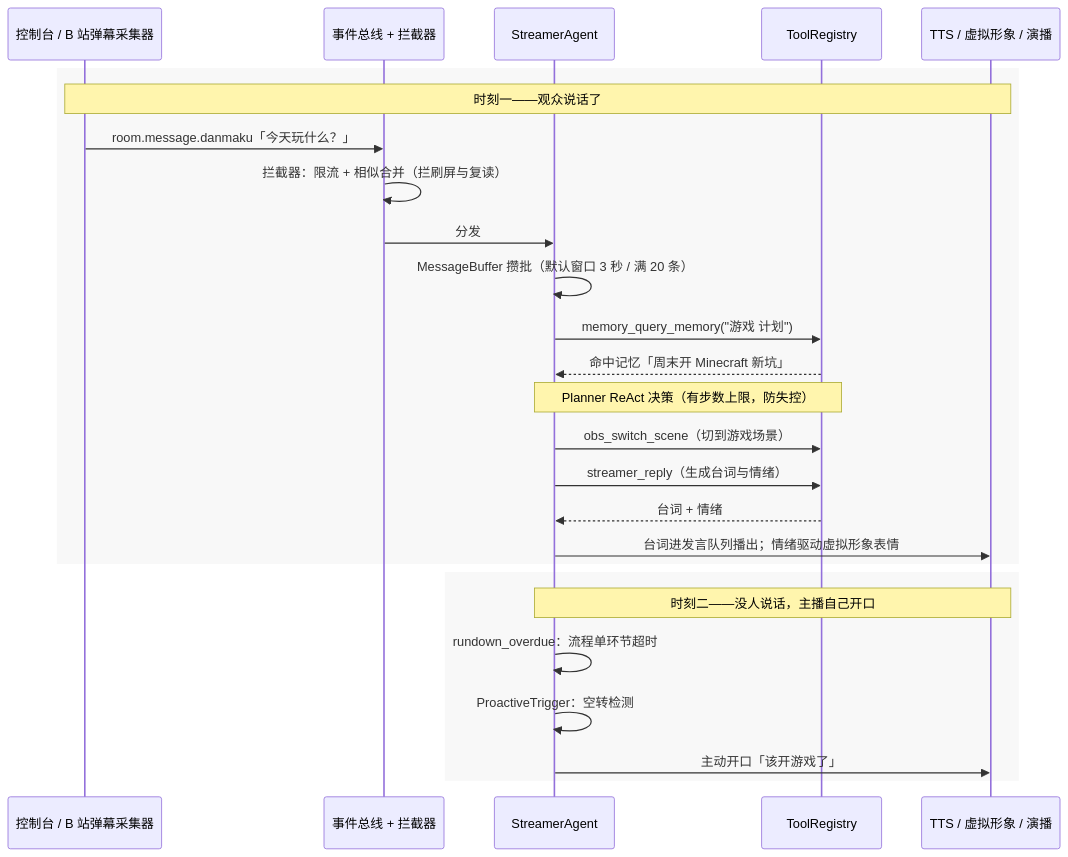
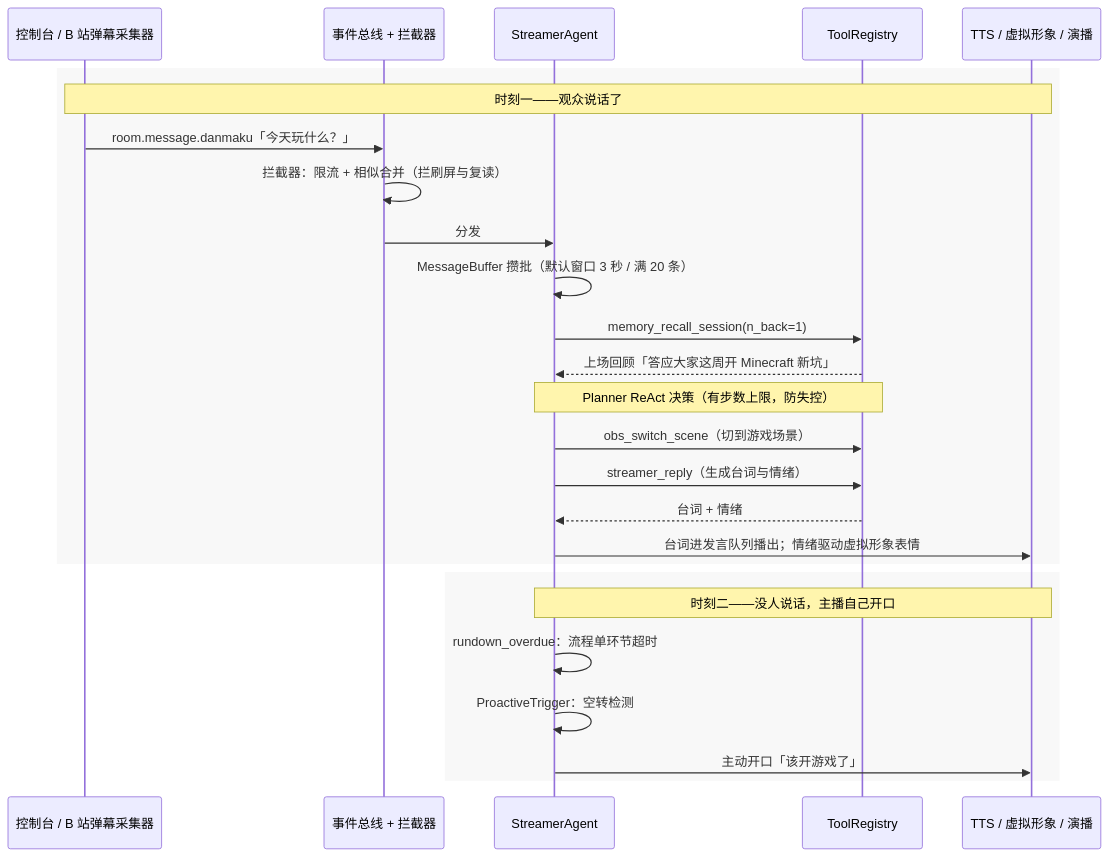
The first of 2 diagrams in README.md (Mai-with-u/Amaidesu), drawn with Mermaid before and after one commit. The commit also changed 15 other files, not shown here.

````diff
--- a/README.md
+++ b/README.md
@@ -45,29 +45,29 @@
 ```mermaid
 sequenceDiagram
     participant 输入 as 控制台 / B 站弹幕采集器
     participant 总线 as 事件总线 + 拦截器
     participant 主播 as StreamerAgent
     participant 工具 as ToolRegistry
     participant 出口 as TTS / 虚拟形象 / 演播
 
     rect rgb(248, 248, 248)
     Note over 输入,出口: 时刻一——观众说话了
     输入->>总线: room.message.danmaku「今天玩什么？」
     总线->>总线: 拦截器：限流 + 相似合并（拦刷屏与复读）
     总线->>主播: 分发
     主播->>主播: MessageBuffer 攒批（默认窗口 3 秒 / 满 20 条）
-    主播->>工具: memory_query_memory("游戏 计划")
-    工具-->>主播: 命中记忆「周末开 Minecraft 新坑」
+    主播->>工具: memory_recall_session(n_back=1)
+    工具-->>主播: 上场回顾「答应大家这周开 Minecraft 新坑」
     Note over 主播,工具: Planner ReAct 决策（有步数上限，防失控）
     主播->>工具: obs_switch_scene（切到游戏场景）
     主播->>工具: streamer_reply（生成台词与情绪）
     工具-->>主播: 台词 + 情绪
     主播->>出口: 台词进发言队列播出；情绪驱动虚拟形象表情
     end
     rect rgb(248, 248, 248)
     Note over 主播,出口: 时刻二——没人说话，主播自己开口
     主播->>主播: rundown_overdue：流程单环节超时
     主播->>主播: ProactiveTrigger：空转检测
     主播->>出口: 主动开口「该开游戏了」
     end
 ```
````
